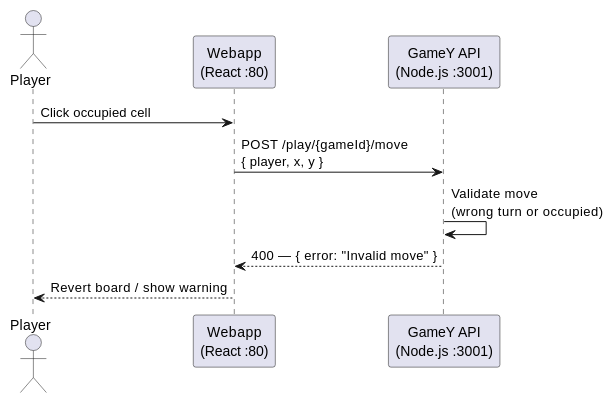
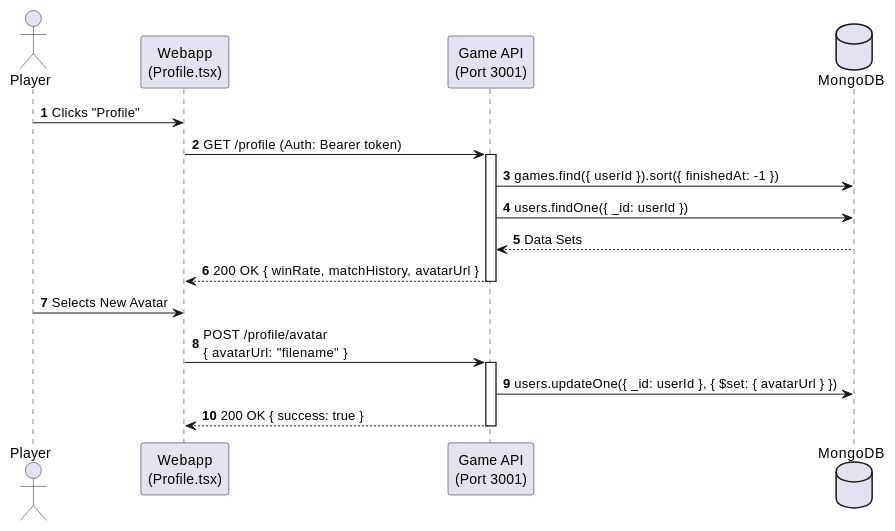
Before and after one commit to Arquisoft/yovi_en1a: the fifth of 5 diagrams in docs/src/06_runtime_view.adoc, drawn with PlantUML. The commit also changed other lines of this file, not shown here.

```diff
--- a/docs/src/06_runtime_view.adoc
+++ b/docs/src/06_runtime_view.adoc
@@ -101,14 +138,27 @@
-[plantuml, target="invalid-move", format="png"]
+[plantuml, target="profile-runtime", format="png"]
 ----
 @startuml
-actor "Player" as Player
-participant "Webapp\n(React :80)" as Webapp
-participant "GameY API\n(Node.js :3001)" as API
+autonumber
+actor "Player" as User
+participant "Webapp\n(Profile.tsx)" as UI
+participant "Game API\n(Port 3001)" as API
+database "MongoDB" as DB
 
-Player -> Webapp : Click occupied cell
-Webapp -> API : POST /play/{gameId}/move\n{ player, x, y }
-API -> API : Validate move\n(wrong turn or occupied)
-API --> Webapp : 400 — { error: "Invalid move" }
-Webapp --> Player : Revert board / show warning
+User -> UI : Clicks "Profile"
+UI -> API : GET /profile (Auth: Bearer token)
+activate API
+
+API -> DB : games.find({ userId }).sort({ finishedAt: -1 })
+API -> DB : users.findOne({ _id: userId })
+DB --> API : Data Sets
+API --> UI : 200 OK { winRate, matchHistory, avatarUrl }
+deactivate API
+
+User -> UI : Selects New Avatar
+UI -> API : POST /profile/avatar\n{ avatarUrl: "filename" }
+activate API
+API -> DB : users.updateOne({ _id: userId }, { $set: { avatarUrl } })
+API --> UI : 200 OK { success: true }
+deactivate API
 @enduml
 ----
```
